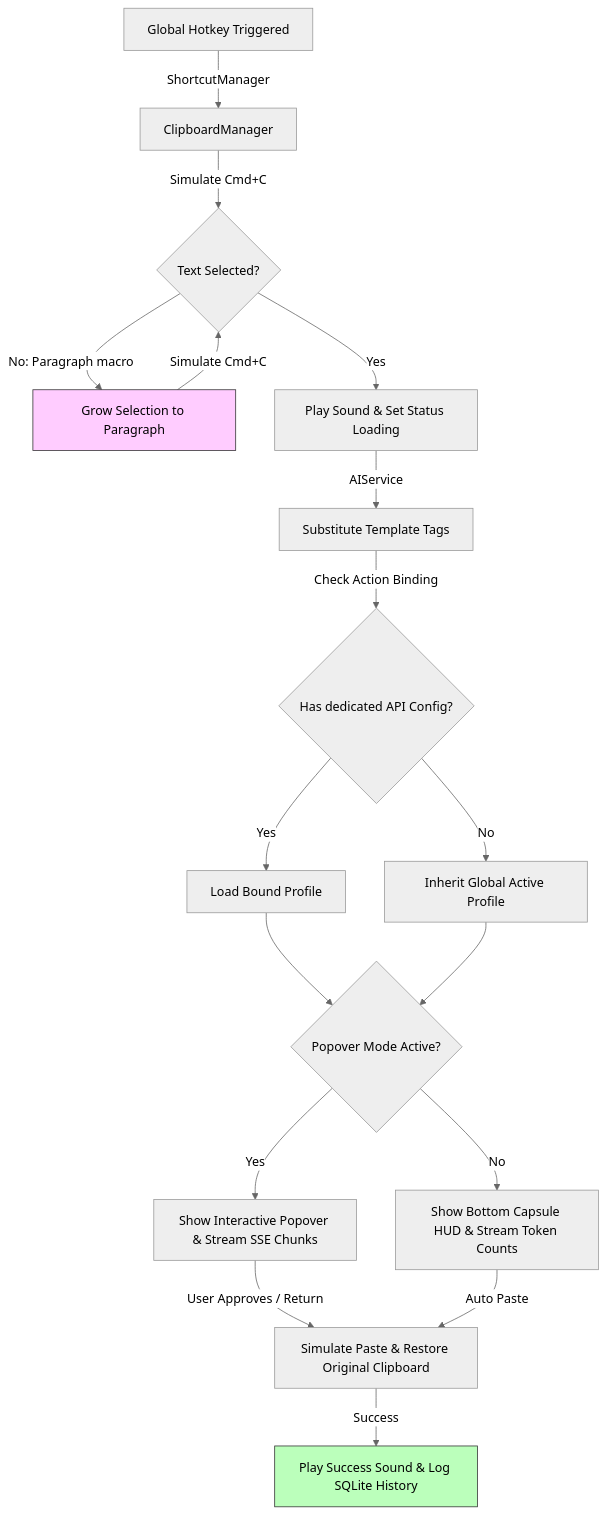
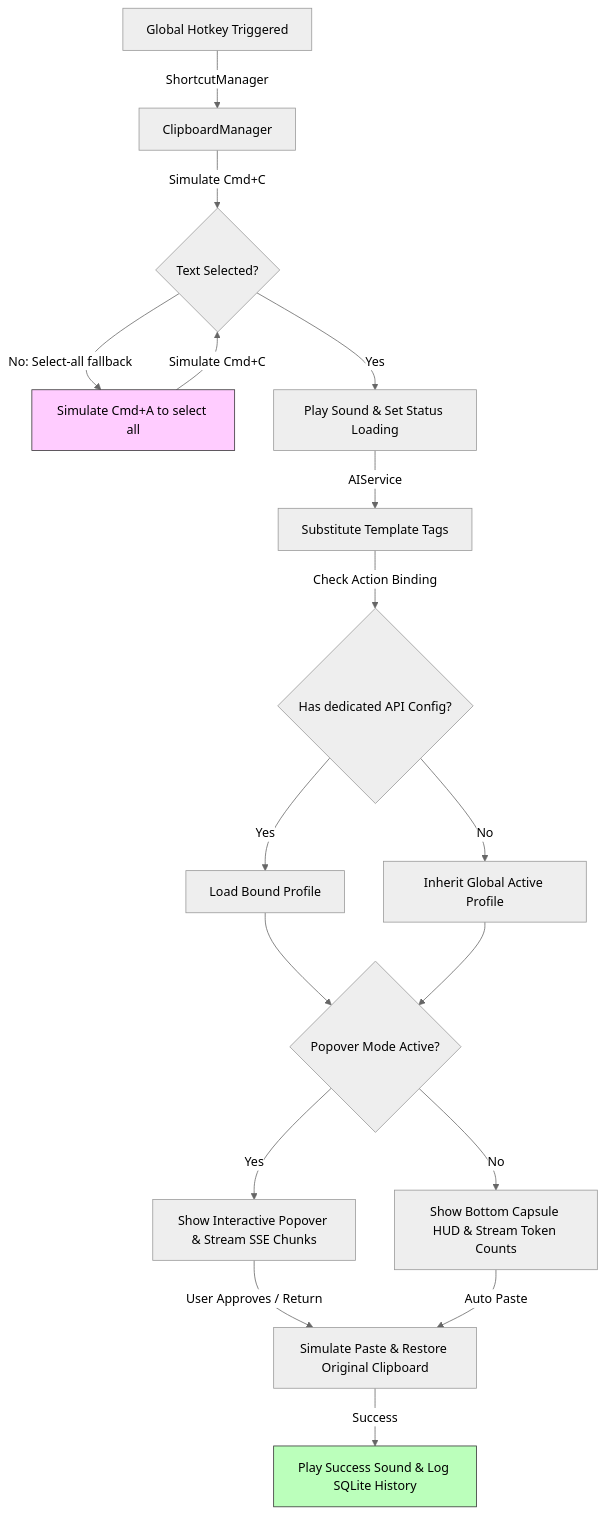
One commit to iHaiduk/smart-text-key changed the diagram in README.md. Above: the diagram before and after it, drawn with Mermaid (neutral theme). The commit also changed other lines of this file and 9 other files, not shown here.

````diff
--- a/README.md
+++ b/README.md
@@ -31,22 +31,22 @@
 ```mermaid
 graph TD
     A[Global Hotkey Triggered] -->|ShortcutManager| B[ClipboardManager]
     B -->|Simulate Cmd+C| C{Text Selected?}
-    C -->|No: Paragraph macro| D[Grow Selection to Paragraph]
+    C -->|No: Select-all fallback| D[Simulate Cmd+A to select all]
     D -->|Simulate Cmd+C| C
     C -->|Yes| E[Play Sound & Set Status Loading]
     E -->|AIService| F[Substitute Template Tags]
     F -->|Check Action Binding| G{Has dedicated API Config?}
     G -->|Yes| H[Load Bound Profile]
     G -->|No| I[Inherit Global Active Profile]
     H --> J{Popover Mode Active?}
     I --> J
     J -->|Yes| K[Show Interactive Popover & Stream SSE Chunks]
     J -->|No| L[Show Bottom Capsule HUD & Stream Token Counts]
     K -->|User Approves / Return| M[Simulate Paste & Restore Original Clipboard]
     L -->|Auto Paste| M
     M -->|Success| N[Play Success Sound & Log SQLite History]
     
     style D fill:#fcf,stroke:#333,stroke-width:1px
     style N fill:#bfb,stroke:#333,stroke-width:1px
 ```
````
